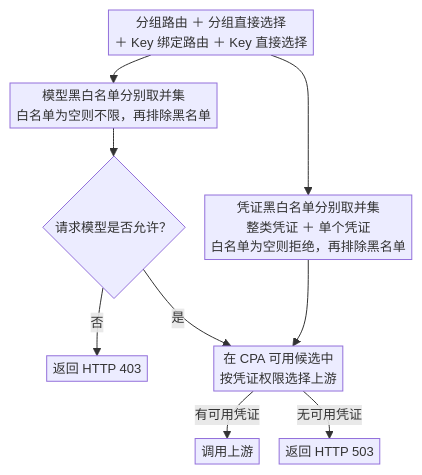
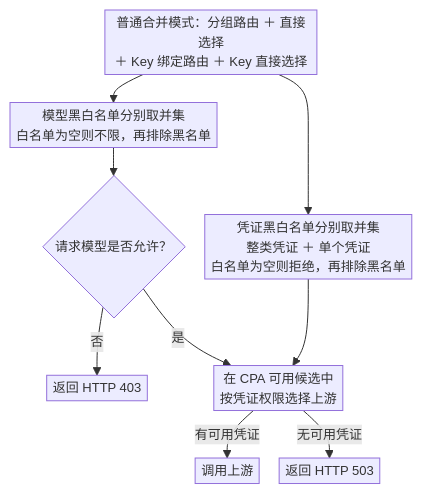
Before and after one commit to CHIMOOO/cpa-plugin-key-billing-manager: the diagram in README.md, drawn with Mermaid. The commit also changed other lines of this file and 5 other files, not shown here.

````diff
--- a/README.md
+++ b/README.md
@@ -195,21 +211,21 @@
 ```mermaid
 ---
 config:
   themeVariables:
     fontSize: "13px"
   flowchart:
     diagramPadding: 4
     nodeSpacing: 20
     rankSpacing: 28
     padding: 3
 ---
 flowchart TB
-    A["分组路由 ＋ 分组直接选择<br/>＋ Key 绑定路由 ＋ Key 直接选择"] --> M["模型黑白名单分别取并集<br/>白名单为空则不限，再排除黑名单"]
+    A["普通合并模式：分组路由 ＋ 直接选择<br/>＋ Key 绑定路由 ＋ Key 直接选择"] --> M["模型黑白名单分别取并集<br/>白名单为空则不限，再排除黑名单"]
     A --> C["凭证黑白名单分别取并集<br/>整类凭证 ＋ 单个凭证<br/>白名单为空则拒绝，再排除黑名单"]
     M --> D{请求模型是否允许？}
     D -- 否 --> R[返回 HTTP 403]
     D -- 是 --> P["在 CPA 可用候选中<br/>按凭证权限选择上游"]
     C --> P
     P -- 有可用凭证 --> U[调用上游]
     P -- 无可用凭证 --> S[返回 HTTP 503]
 ```
````
